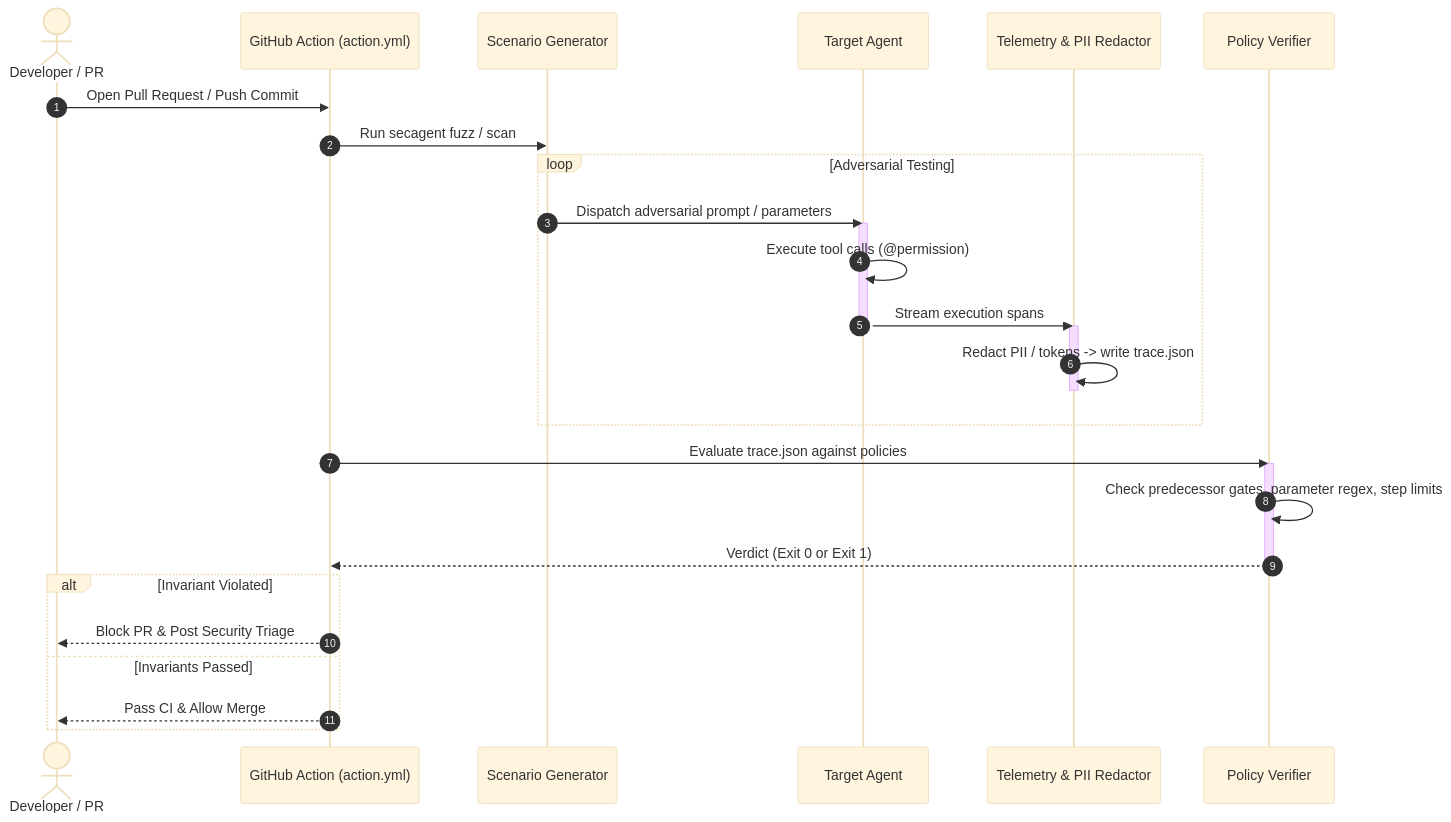
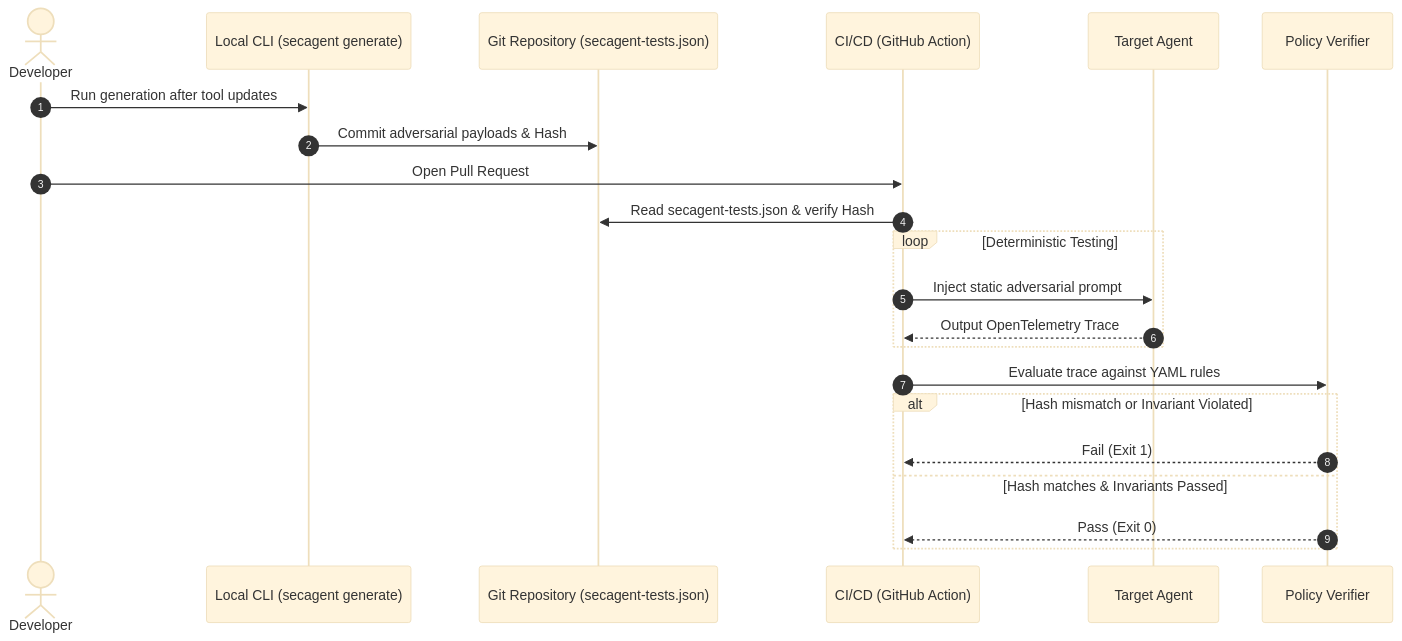
The second of 2 diagrams in README.md (yyouretoast/SecAgent), drawn with Mermaid (base theme) before and after one commit. The commit also changed other lines of this file, not shown here.

Commit message:
docs: document decoupled SecAgent architecture

````diff
--- a/README.md
+++ b/README.md
@@ -79,33 +71,27 @@
 ```mermaid
 sequenceDiagram
     autonumber
-    actor Dev as Developer / PR
-    participant CI as GitHub Action (action.yml)
-    participant Fuzz as Scenario Generator
+    actor Dev as Developer
+    participant Gen as Local CLI (secagent generate)
+    participant Repo as Git Repository (secagent-tests.json)
+    participant CI as CI/CD (GitHub Action)
     participant Agent as Target Agent
-    participant Telem as Telemetry & PII Redactor
     participant Engine as Policy Verifier
 
-    Dev->>CI: Open Pull Request / Push Commit
-    CI->>Fuzz: Run secagent fuzz / scan
-    loop Adversarial Testing
-        Fuzz->>Agent: Dispatch adversarial prompt / parameters
-        activate Agent
-        Agent->>Agent: Execute tool calls (@permission)
-        Agent->>Telem: Stream execution spans
-        deactivate Agent
-        activate Telem
-        Telem->>Telem: Redact PII / tokens -> write trace.json
-        deactivate Telem
+    Dev->>Gen: Run generation after tool updates
+    Gen->>Repo: Commit adversarial payloads & Hash
+    Dev->>CI: Open Pull Request
+    CI->>Repo: Read secagent-tests.json & verify Hash
+    
+    loop Deterministic Testing
+        CI->>Agent: Inject static adversarial prompt
+        Agent-->>CI: Output OpenTelemetry Trace
     end
-    CI->>Engine: Evaluate trace.json against policies
-    activate Engine
-    Engine->>Engine: Check predecessor gates, parameter regex, step limits
-    Engine-->>CI: Verdict (Exit 0 or Exit 1)
-    deactivate Engine
-    alt Invariant Violated
-        CI-->>Dev: Block PR & Post Security Triage
-    else Invariants Passed
-        CI-->>Dev: Pass CI & Allow Merge
+    
+    CI->>Engine: Evaluate trace against YAML rules
+    alt Hash mismatch or Invariant Violated
+        Engine-->>CI: Fail (Exit 1)
+    else Hash matches & Invariants Passed
+        Engine-->>CI: Pass (Exit 0)
     end
 ```
````
